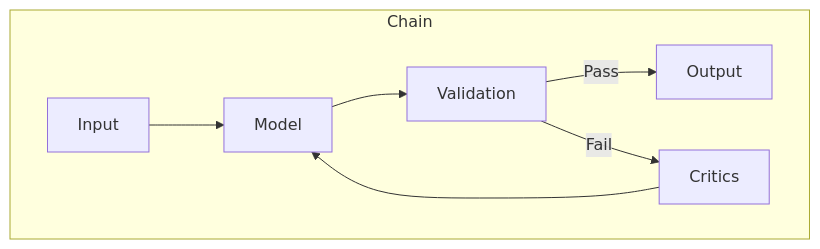
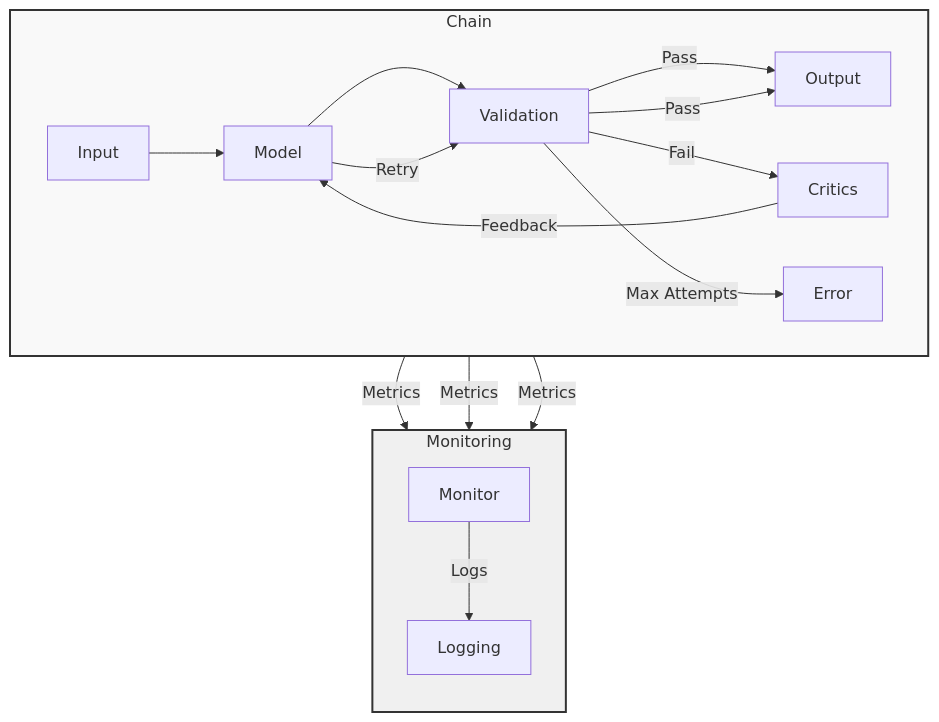
Before and after one commit to sifaka-ai/sifaka: the first of 2 diagrams in README.md, drawn with Mermaid. The commit also changed other lines of this file and 17 other files, not shown here.

````diff
--- a/README.md
+++ b/README.md
@@ -81,11 +81,25 @@
 ```mermaid
 graph TD
     subgraph Chain
         direction LR
         Input --> Model
         Model --> Validation
         Validation --> |Pass| Output
         Validation --> |Fail| Critics
-        Critics --> Model
+        Critics --> |Feedback| Model
+        Model --> |Retry| Validation
+        Validation --> |Max Attempts| Error
+        Validation --> |Pass| Output
     end
+
+    subgraph Monitoring
+        direction TB
+        Model --> |Metrics| Monitor
+        Validation --> |Metrics| Monitor
+        Critics --> |Metrics| Monitor
+        Monitor --> |Logs| Logging
+    end
+
+    style Chain fill:#f9f9f9,stroke:#333,stroke-width:2px
+    style Monitoring fill:#f0f0f0,stroke:#333,stroke-width:2px
 ```
````
